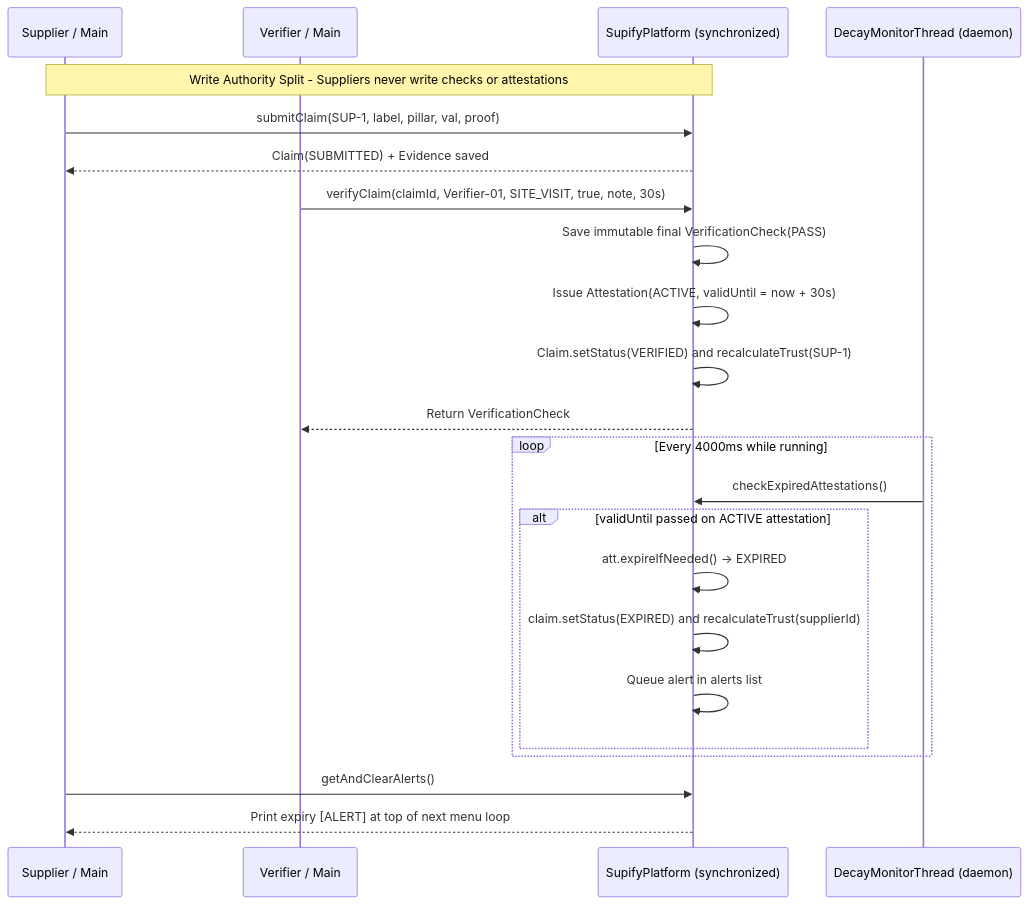
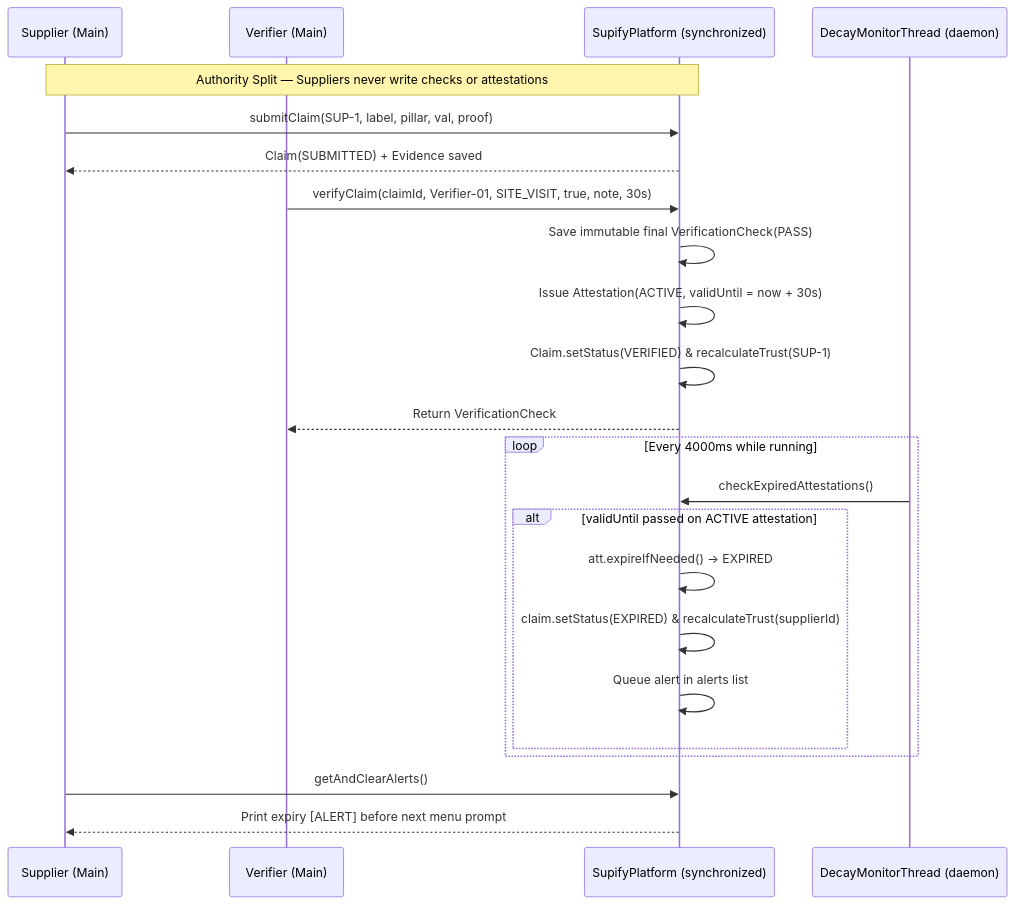
The third of 3 diagrams in docs/backend-architecture.md (ArchitSublok/supify), drawn with Mermaid before and after one commit. The commit also changed other lines of this file and 29 other files, not shown here.

Commit message:
docs: reconstruct UML/ER diagrams, live MySQL/JDBC entries, remove test suite mentions, and organize visuals under albums/

````diff
--- a/docs/backend-architecture.md
+++ b/docs/backend-architecture.md
@@ -215,29 +237,29 @@
 ```mermaid
 sequenceDiagram
-    participant S as Supplier / Main
-    participant V as Verifier / Main
+    participant S as Supplier (Main)
+    participant V as Verifier (Main)
     participant SP as SupifyPlatform (synchronized)
     participant DM as DecayMonitorThread (daemon)
 
-    Note over S,SP: Write Authority Split - Suppliers never write checks or attestations
+    Note over S,SP: Authority Split — Suppliers never write checks or attestations
     S->>SP: submitClaim(SUP-1, label, pillar, val, proof)
     SP-->>S: Claim(SUBMITTED) + Evidence saved
 
     V->>SP: verifyClaim(claimId, Verifier-01, SITE_VISIT, true, note, 30s)
     SP->>SP: Save immutable final VerificationCheck(PASS)
     SP->>SP: Issue Attestation(ACTIVE, validUntil = now + 30s)
-    SP->>SP: Claim.setStatus(VERIFIED) and recalculateTrust(SUP-1)
+    SP->>SP: Claim.setStatus(VERIFIED) & recalculateTrust(SUP-1)
     SP-->>V: Return VerificationCheck
 
     loop Every 4000ms while running
         DM->>SP: checkExpiredAttestations()
         alt validUntil passed on ACTIVE attestation
             SP->>SP: att.expireIfNeeded() -> EXPIRED
-            SP->>SP: claim.setStatus(EXPIRED) and recalculateTrust(supplierId)
+            SP->>SP: claim.setStatus(EXPIRED) & recalculateTrust(supplierId)
             SP->>SP: Queue alert in alerts list
         end
     end
 
     S->>SP: getAndClearAlerts()
-    SP-->>S: Print expiry [ALERT] at top of next menu loop
+    SP-->>S: Print expiry [ALERT] before next menu prompt
 ```
````
